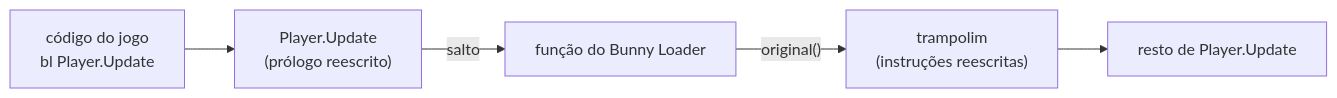
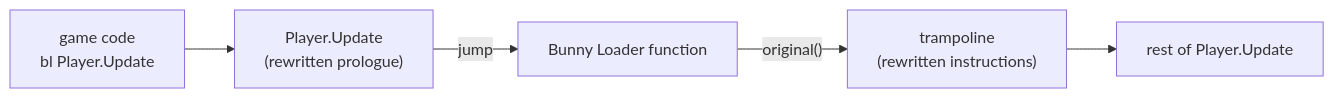
The first of 3 diagrams in docs/nucleo/hooks.md (JonataOliveiraa/Bunny-Loader), drawn with Mermaid before and after one commit. The commit also changed other lines of this file and 89 other files, not shown here.

````diff
--- a/docs/nucleo/hooks.md
+++ b/docs/nucleo/hooks.md
@@ -26,7 +25,7 @@
 ```mermaid
 flowchart LR
-    J["código do jogo<br/>bl Player.Update"] --> P["Player.Update<br/>(prólogo reescrito)"]
-    P -- "salto" --> N["função do Bunny Loader"]
-    N -- "original()" --> T["trampolim<br/>(instruções reescritas)"]
-    T --> R["resto de Player.Update"]
+    J["game code<br/>bl Player.Update"] --> P["Player.Update<br/>(rewritten prologue)"]
+    P -- "jump" --> N["Bunny Loader function"]
+    N -- "original()" --> T["trampoline<br/>(rewritten instructions)"]
+    T --> R["rest of Player.Update"]
 ```
````
